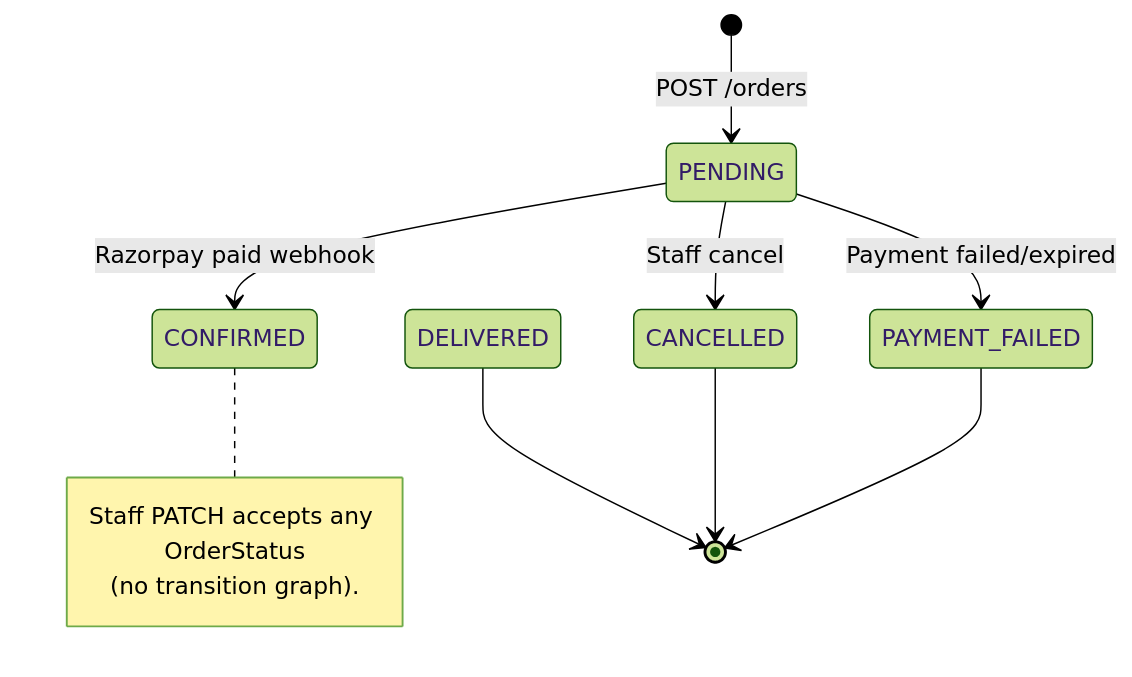
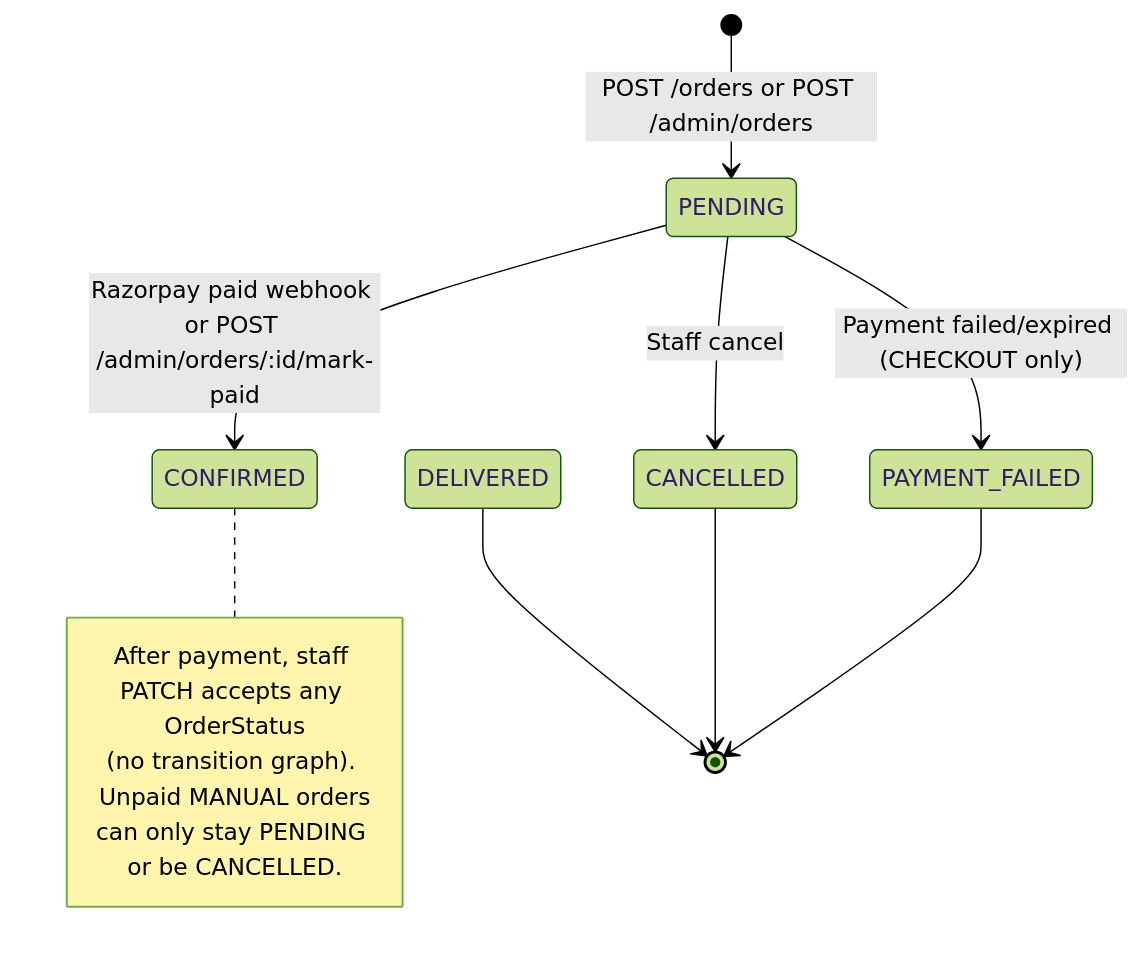
One commit to prakashdev0508/admin-chaayafur changed the diagram in docs/orders.md. Above: the diagram before and after it, drawn with Mermaid (forest theme). The commit also changed other lines of this file and 28 other files, not shown here.

````diff
--- a/docs/orders.md
+++ b/docs/orders.md
@@ -57,14 +58,15 @@
 ```mermaid
 stateDiagram-v2
-    [*] --> PENDING: POST /orders
-    PENDING --> CONFIRMED: Razorpay paid webhook
-    PENDING --> PAYMENT_FAILED: Payment failed/expired
+    [*] --> PENDING: POST /orders or POST /admin/orders
+    PENDING --> CONFIRMED: Razorpay paid webhook or POST /admin/orders/:id/mark-paid
+    PENDING --> PAYMENT_FAILED: Payment failed/expired (CHECKOUT only)
     PENDING --> CANCELLED: Staff cancel
     note right of CONFIRMED
-      Staff PATCH accepts any OrderStatus
-      (no transition graph).
+      After payment, staff PATCH accepts any OrderStatus
+      (no transition graph). Unpaid MANUAL orders
+      can only stay PENDING or be CANCELLED.
     end note
     DELIVERED --> [*]
     CANCELLED --> [*]
     PAYMENT_FAILED --> [*]
 ```
````
